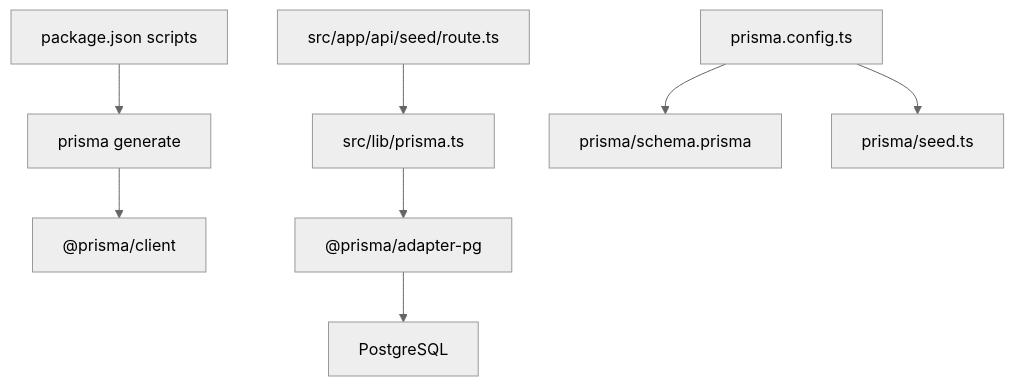
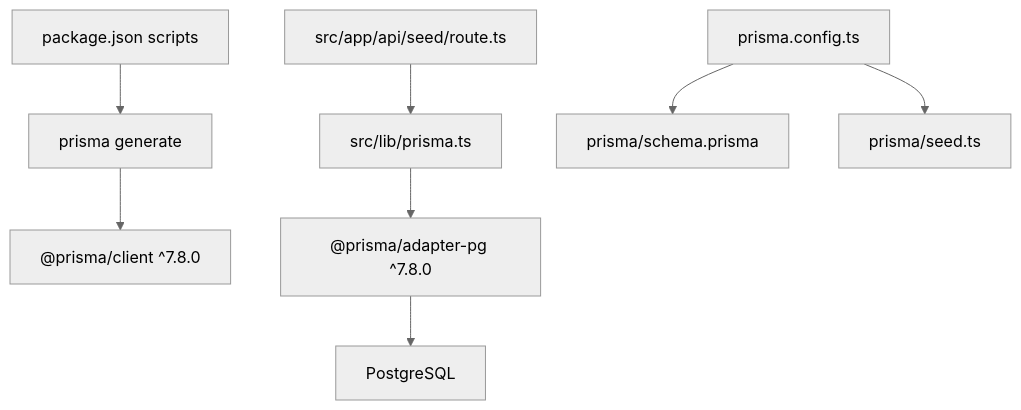
Before and after one commit to bazs69/ApsAsrama: the ninth of 9 diagrams in .qoder/repowiki/en/content/Database Design/Migration Management.md, drawn with Mermaid (neutral theme). The commit also changed other lines of this file and 34 other files, not shown here.

````diff
--- a/.qoder/repowiki/en/content/Database Design/Migration Management.md
+++ b/.qoder/repowiki/en/content/Database Design/Migration Management.md
@@ -305,10 +338,10 @@
 ```mermaid
 graph TB
 PKG["package.json scripts"] --> GEN["prisma generate"]
-GEN --> CLIENT["@prisma/client"]
-LIB["src/lib/prisma.ts"] --> ADAPTER["@prisma/adapter-pg"]
+GEN --> CLIENT["@prisma/client ^7.8.0"]
+LIB["src/lib/prisma.ts"] --> ADAPTER["@prisma/adapter-pg ^7.8.0"]
 ADAPTER --> PG["PostgreSQL"]
 CFG["prisma.config.ts"] --> SCHEMA["prisma/schema.prisma"]
 CFG --> SEED["prisma/seed.ts"]
 API["src/app/api/seed/route.ts"] --> LIB
 ```
````
